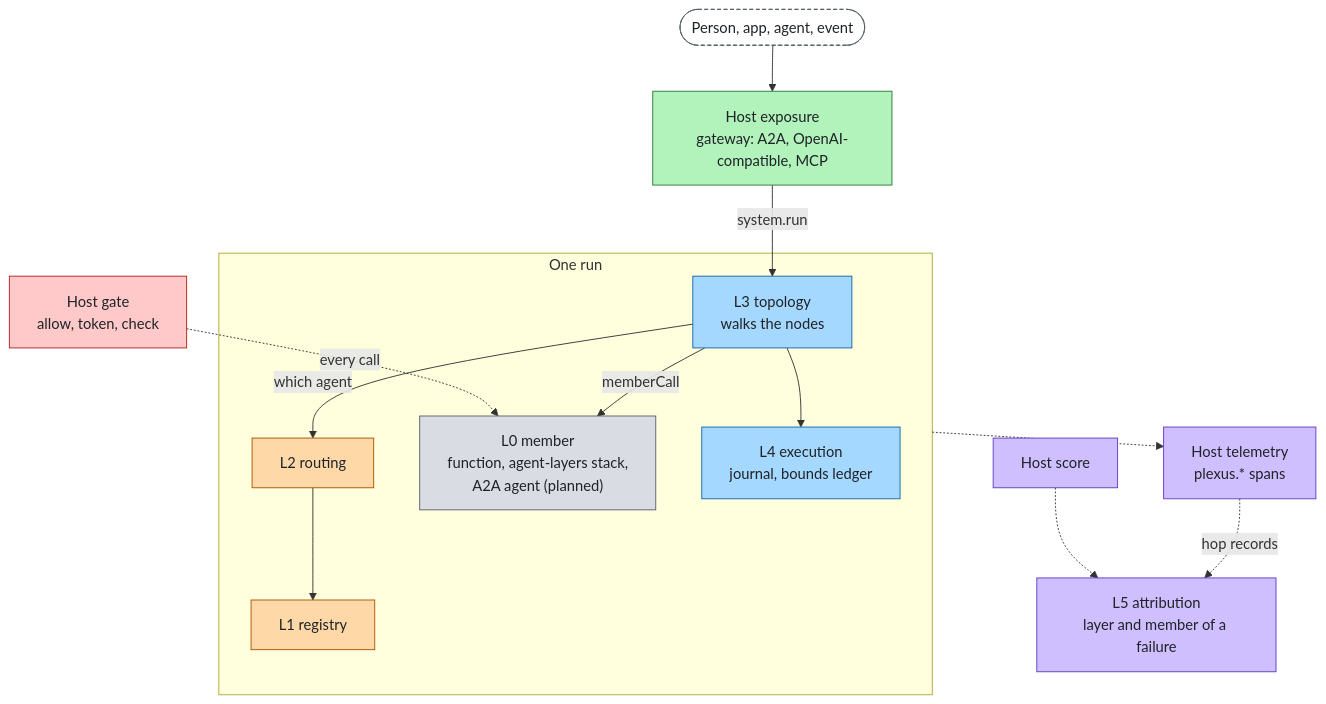
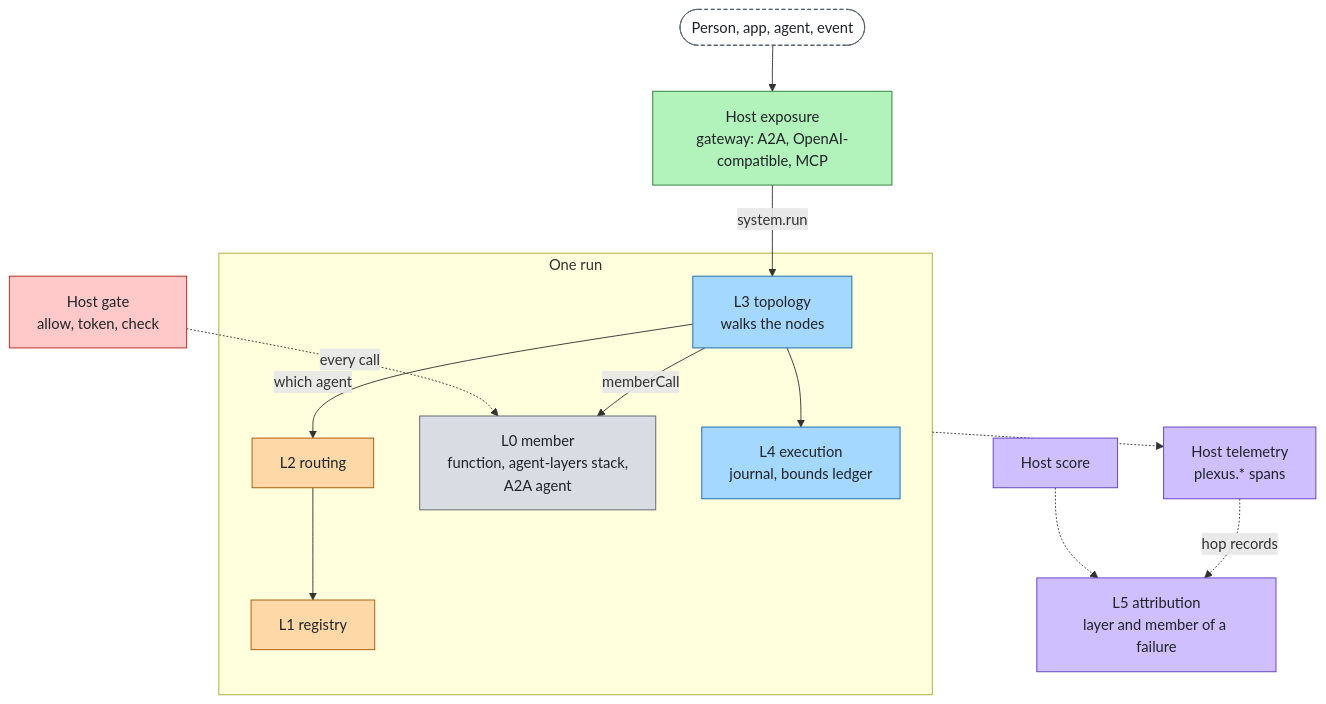
The diagram in README.md (aantenore/agent-plexus), drawn with Mermaid before and after one commit. The commit also changed other lines of this file and 11 other files, not shown here.

````diff
--- a/README.md
+++ b/README.md
@@ -58,31 +58,31 @@
 ```mermaid
 flowchart TB
   caller(["Person, app, agent, event"]):::external
   expose["Host exposure<br/>gateway: A2A, OpenAI-compatible, MCP"]:::experience
   gate["Host gate<br/>allow, token, check"]:::control
   subgraph run["One run"]
     topology["L3 topology<br/>walks the nodes"]:::agent
     routing["L2 routing"]:::model
     registry["L1 registry"]:::model
-    member["L0 member<br/>function, agent-layers stack,<br/>A2A agent (planned)"]:::foundation
+    member["L0 member<br/>function, agent-layers stack,<br/>A2A agent"]:::foundation
     execution["L4 execution<br/>journal, bounds ledger"]:::agent
   end
   tel["Host telemetry<br/>plexus.* spans"]:::insight
   score["Host score"]:::insight
   attribution["L5 attribution<br/>layer and member of a failure"]:::insight
   caller --> expose -->|"system.run"| topology
   topology -->|"which agent"| routing --> registry
   topology -->|"memberCall"| member
   topology --> execution
   gate -.->|"every call"| member
   run -.-> tel
   tel -.->|"hop records"| attribution
   score -.-> attribution
   classDef foundation fill:#d9dde3,stroke:#57606a,color:#1f2328
   classDef model fill:#ffd8a8,stroke:#a85400,color:#1f2328
   classDef agent fill:#a5d8ff,stroke:#1864ab,color:#1f2328
   classDef control fill:#ffc9c9,stroke:#b42318,color:#1f2328
   classDef experience fill:#b2f2bb,stroke:#2a7a38,color:#1f2328
   classDef insight fill:#d0bfff,stroke:#5f3dc4,color:#1f2328
   classDef external fill:#ffffff,stroke:#57606a,color:#1f2328,stroke-dasharray:4 3
 ```
````
